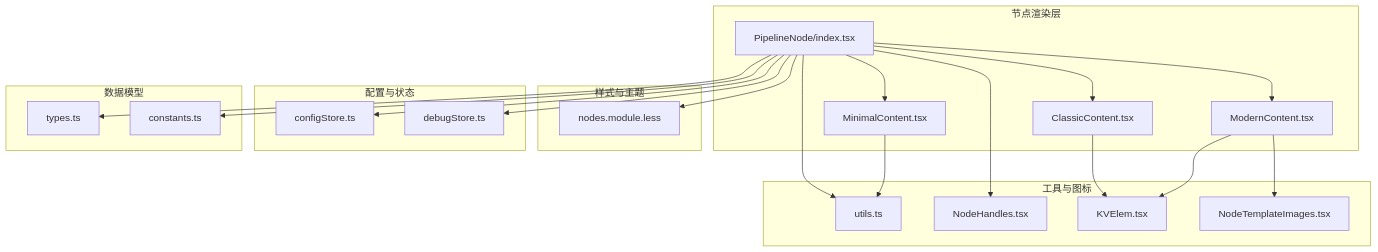
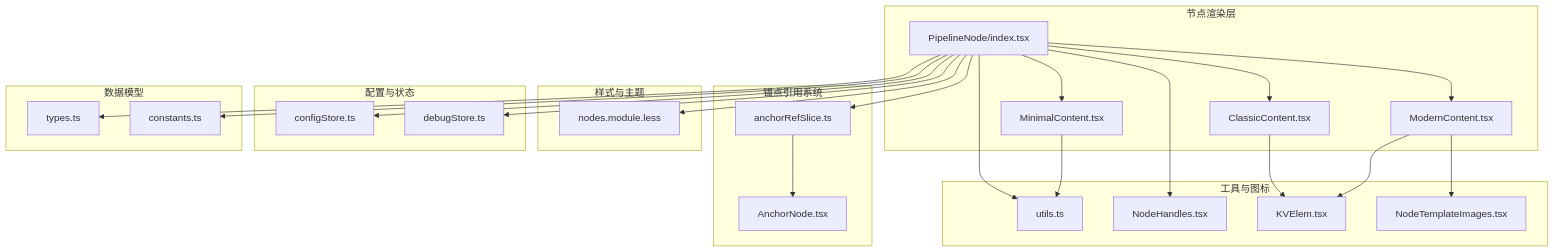
The first of 9 diagrams in .qoder/repowiki/zh/content/核心概念/节点系统/Pipeline节点.md (kqcoxn/MaaPipelineEditor), drawn with Mermaid before and after one commit. The commit also changed other lines of this file and 19 other files, not shown here.

````diff
--- a/.qoder/repowiki/zh/content/核心概念/节点系统/Pipeline节点.md
+++ b/.qoder/repowiki/zh/content/核心概念/节点系统/Pipeline节点.md
@@ -44,40 +49,46 @@
 ```mermaid
 graph TB
 subgraph "节点渲染层"
 PN["PipelineNode/index.tsx"]
 CC["ClassicContent.tsx"]
 MC["ModernContent.tsx"]
 MinC["MinimalContent.tsx"]
+end
+subgraph "锚点引用系统"
+ARS["anchorRefSlice.ts"]
+AN["AnchorNode.tsx"]
 end
 subgraph "样式与主题"
 CSS["nodes.module.less"]
 end
 subgraph "配置与状态"
 CFG["configStore.ts"]
 DBG["debugStore.ts"]
 end
 subgraph "工具与图标"
 U["utils.ts"]
 H["NodeHandles.tsx"]
 KV["KVElem.tsx"]
 TPI["NodeTemplateImages.tsx"]
 end
 subgraph "数据模型"
 T["types.ts"]
 C["constants.ts"]
 end
 PN --> CC
 PN --> MC
 PN --> MinC
+PN --> ARS
 PN --> CSS
 PN --> CFG
 PN --> DBG
 PN --> H
 MC --> TPI
 MC --> KV
 CC --> KV
 MinC --> U
 PN --> U
 PN --> T
 PN --> C
+ARS --> AN
 ```
````
